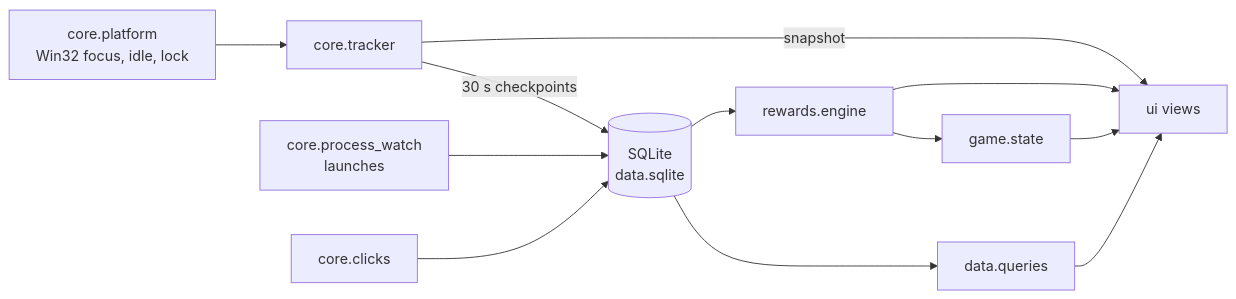
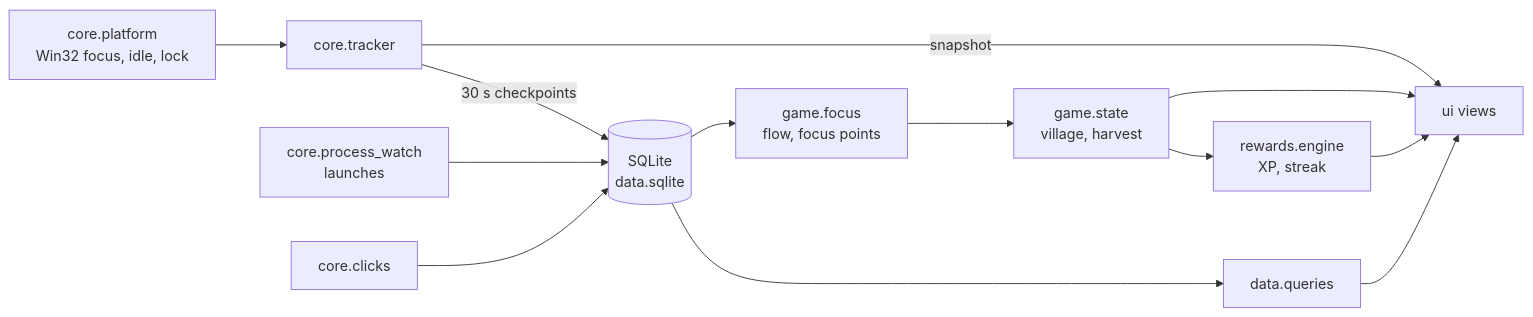
Before and after one commit to H4ch1Net/AppTrackr: the diagram in README.md, drawn with Mermaid. The commit also changed other lines of this file and 8 other files, not shown here.

````diff
--- a/README.md
+++ b/README.md
@@ -278,13 +287,14 @@
 ```mermaid
 flowchart LR
     P[core.platform<br/>Win32 focus, idle, lock] --> T[core.tracker]
     T -->|30 s checkpoints| DB[(SQLite<br/>data.sqlite)]
     W[core.process_watch<br/>launches] --> DB
     C[core.clicks] --> DB
     DB --> Q[data.queries]
     Q --> UI[ui views]
-    DB --> R[rewards.engine] --> G[game.state]
+    DB --> F[game.focus<br/>flow, focus points] --> G[game.state<br/>village, harvest]
+    G --> R[rewards.engine<br/>XP, streak]
     R --> UI
     G --> UI
     T -->|snapshot| UI
 ```
````
